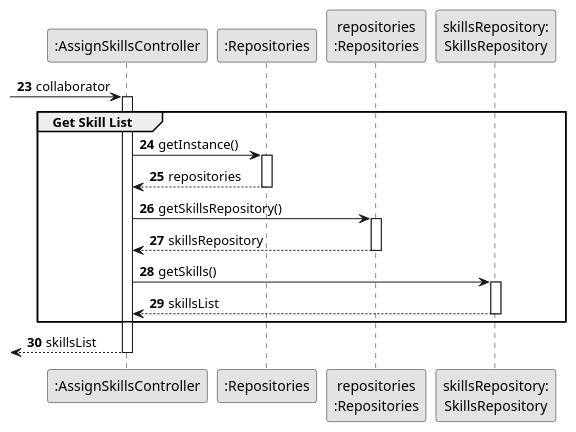
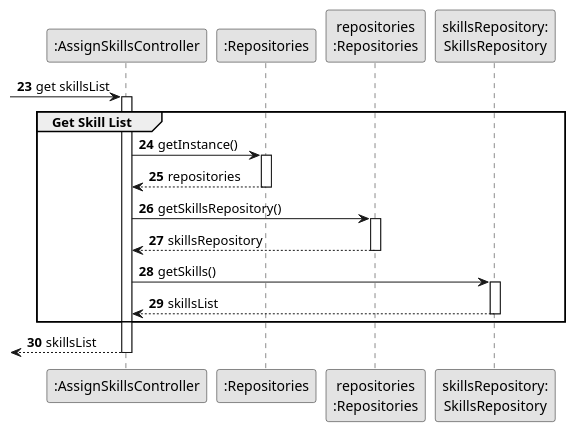
The diagram in docs/sprintB/us004/03.design/puml/us004-sequence-diagram-partial-get-skill-list.puml (ricardomm7/leaflink), drawn with PlantUML before and after one commit. The commit also changed 20 other files, not shown here.

```diff
--- a/docs/sprintB/us004/03.design/puml/us004-sequence-diagram-partial-get-skill-list.puml
+++ b/docs/sprintB/us004/03.design/puml/us004-sequence-diagram-partial-get-skill-list.puml
@@ -1,38 +1,38 @@
 @startuml
 skinparam monochrome true
 skinparam packageStyle rectangle
 skinparam shadowing false
 
 autonumber 23
 
 participant ":AssignSkillsController" as CTRL
 participant ":Repositories" as GlobRepo
 participant "repositories\n:Repositories" as PLAT
 participant "skillsRepository:\nSkillsRepository" as skillsRepository
 
 
--> CTRL : collaborator
+-> CTRL : get skillsList
 activate CTRL
 group Get Skill List
 CTRL -> GlobRepo : getInstance()
 activate GlobRepo
 
 GlobRepo --> CTRL : repositories
 deactivate GlobRepo
 
 CTRL -> PLAT : getSkillsRepository()
 activate PLAT
 
 PLAT -->  CTRL: skillsRepository
 deactivate PLAT
 
 CTRL -> skillsRepository : getSkills()
 activate skillsRepository
 
 skillsRepository --> CTRL : skillsList
 deactivate skillsRepository
 end
 <-- CTRL : skillsList
 deactivate CTRL
 
 @enduml
```
